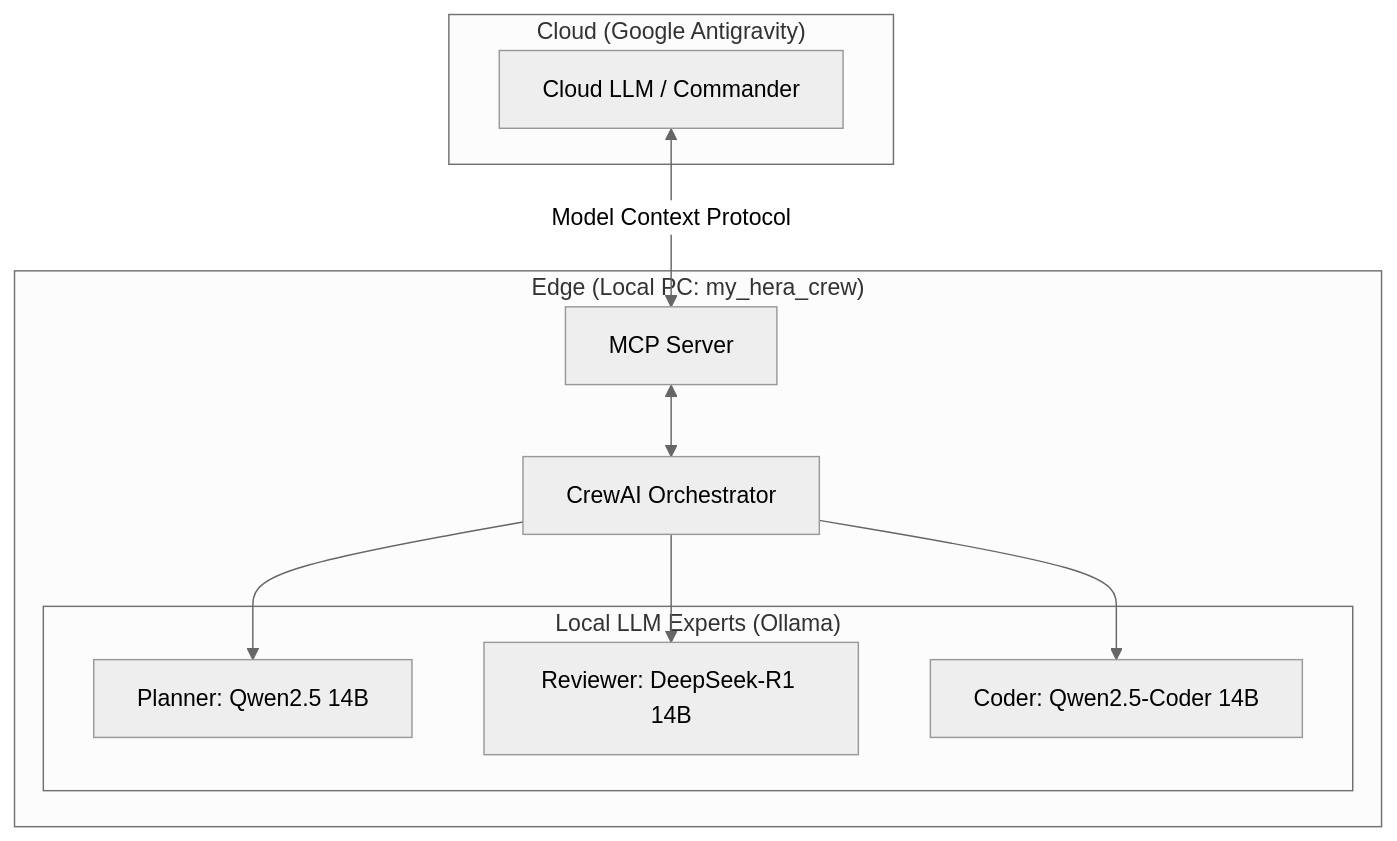
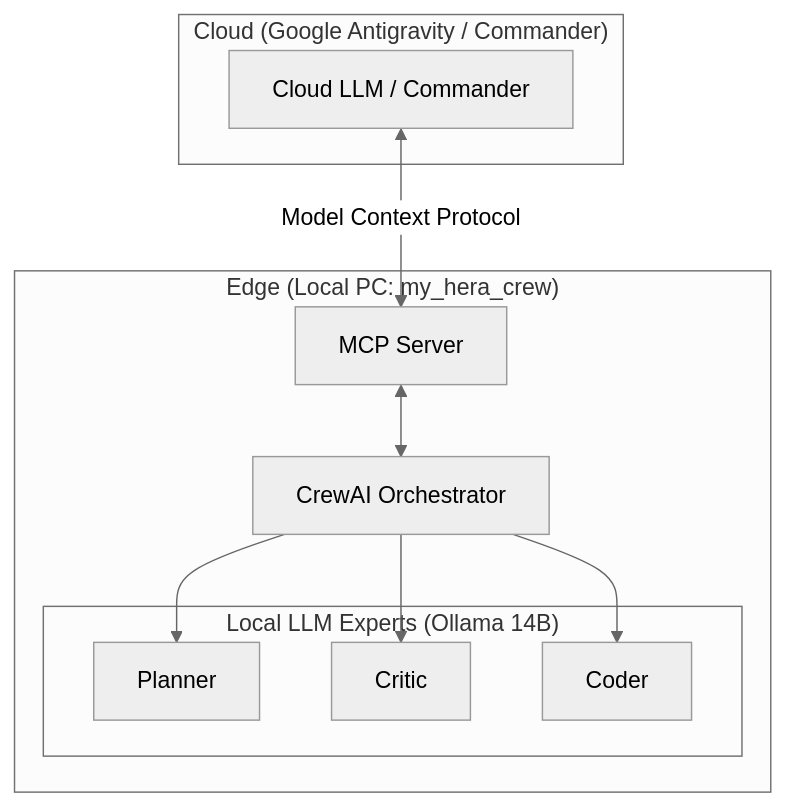
One commit to ryohryp/hera-crew changed the diagram in README.md. Above: the diagram before and after it, drawn with Mermaid (neutral theme). The commit also changed other lines of this file and 4 other files, not shown here.

Commit message:
feat: implement MyHeraCrew architecture with centralized LLM configuration and Ollama integration support

````diff
--- a/README.md
+++ b/README.md
@@ -52,23 +55,23 @@
 ```mermaid
-flowchart TD
-    subgraph cloud ["Cloud (Google Antigravity)"]
+graph TD
+    subgraph "Cloud (Google Antigravity / Commander)"
         A[Cloud LLM / Commander]
     end
 
-    subgraph edge ["Edge (Local PC: my_hera_crew)"]
+    subgraph "Edge (Local PC: my_hera_crew)"
         B[MCP Server]
         C[CrewAI Orchestrator]
         
-        subgraph experts ["Local LLM Experts (Ollama)"]
-            D[Planner: Qwen2.5 14B]
-            E[Reviewer: DeepSeek-R1 14B]
-            F[Coder: Qwen2.5-Coder 14B]
+        subgraph "Local LLM Experts (Ollama 14B)"
+            D[Planner]
+            E[Critic]
+            F[Coder]
         end
     end
 
-    A <--> |Model Context Protocol| B
+    A <-->|Model Context Protocol| B
     B <--> C
     C --> D
     C --> E
     C --> F
 ```
````
